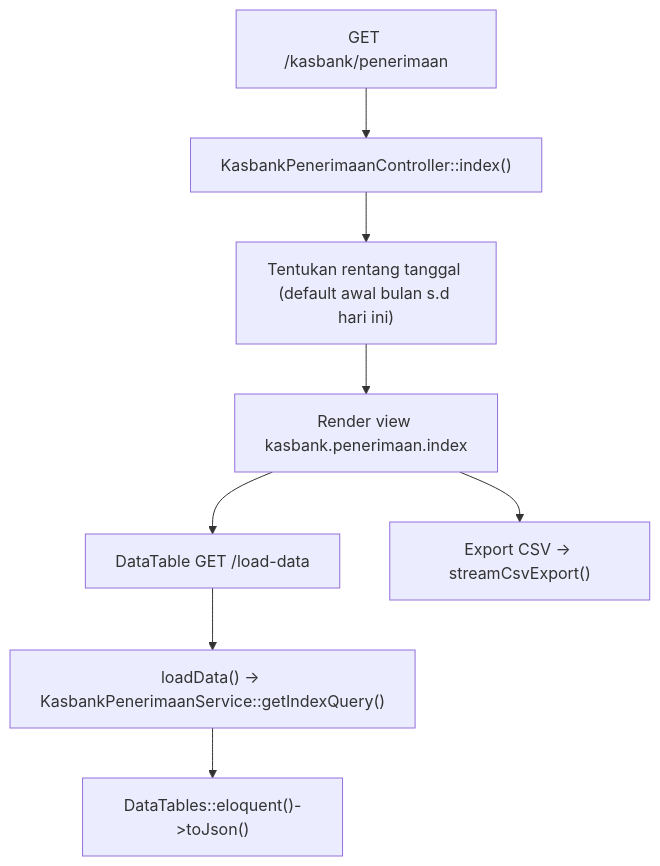
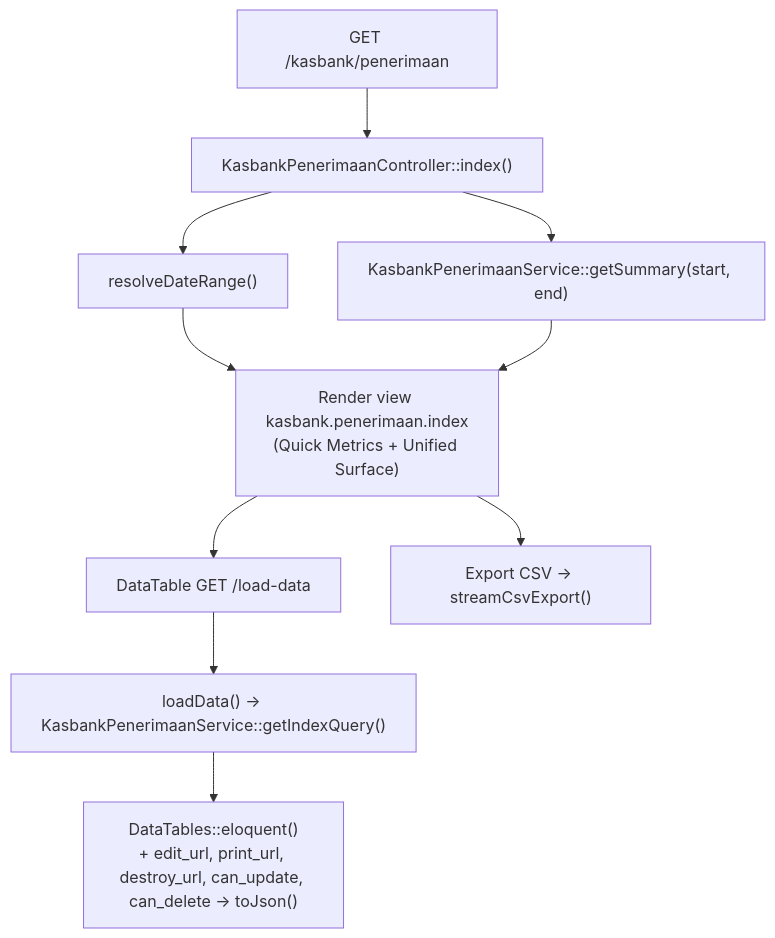
The first of 4 diagrams in dokumentasi/kasbank-penerimaan.md (AltamaSidoarjo/laravel-siakurat-pt-smt), drawn with Mermaid before and after one commit. The commit also changed other lines of this file and 15 other files, not shown here.

First line of the commit message:
feat(ui): redesign index jurnal umum dan kasbank dengan modern datatable dan kartu ringkasan

````diff
--- a/dokumentasi/kasbank-penerimaan.md
+++ b/dokumentasi/kasbank-penerimaan.md
@@ -72,10 +72,11 @@
 ```mermaid
 flowchart TD
     A["GET /kasbank/penerimaan"] --> B["KasbankPenerimaanController::index()"]
-    B --> C["Tentukan rentang tanggal (default awal bulan s.d hari ini)"]
-    C --> D["Render view kasbank.penerimaan.index"]
+    B --> C["resolveDateRange()"]
+    B --> C1["KasbankPenerimaanService::getSummary(start, end)"]
+    C & C1 --> D["Render view kasbank.penerimaan.index\n(Quick Metrics + Unified Surface)"]
     D --> E["DataTable GET /load-data"]
     E --> F["loadData() -> KasbankPenerimaanService::getIndexQuery()"]
-    F --> G["DataTables::eloquent()->toJson()"]
+    F --> G["DataTables::eloquent()\n+ edit_url, print_url, destroy_url, can_update, can_delete -> toJson()"]
     D --> H["Export CSV -> streamCsvExport()"]
 ```
````
